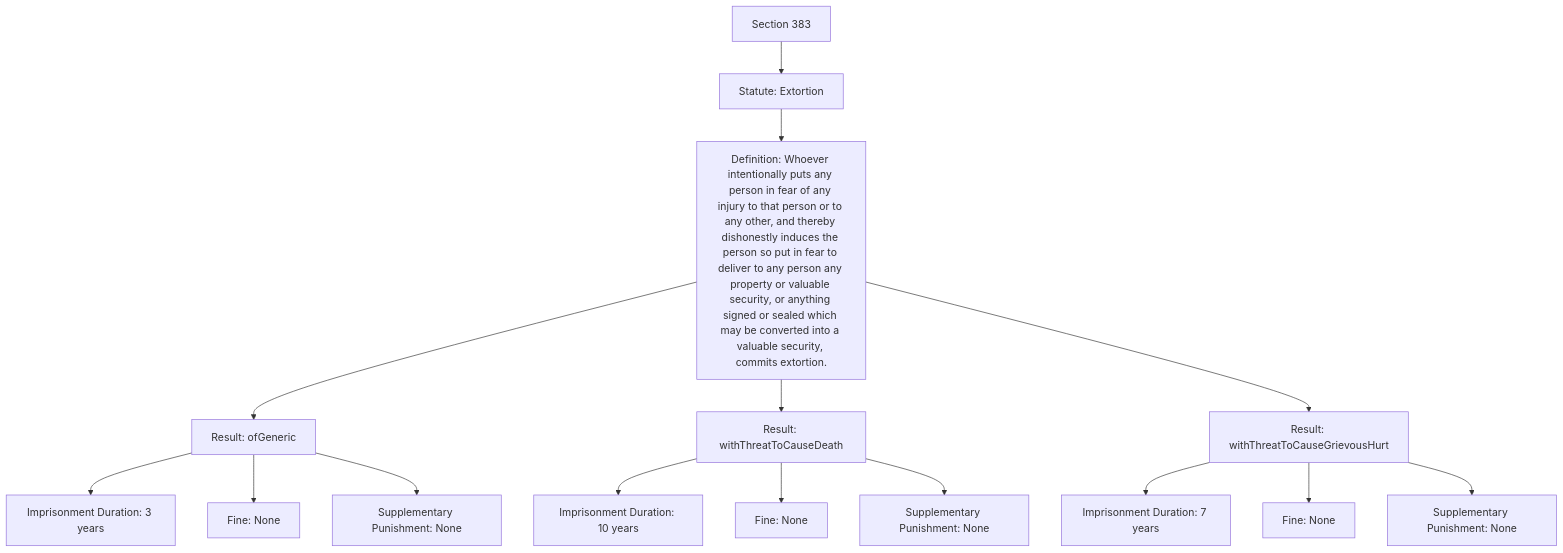
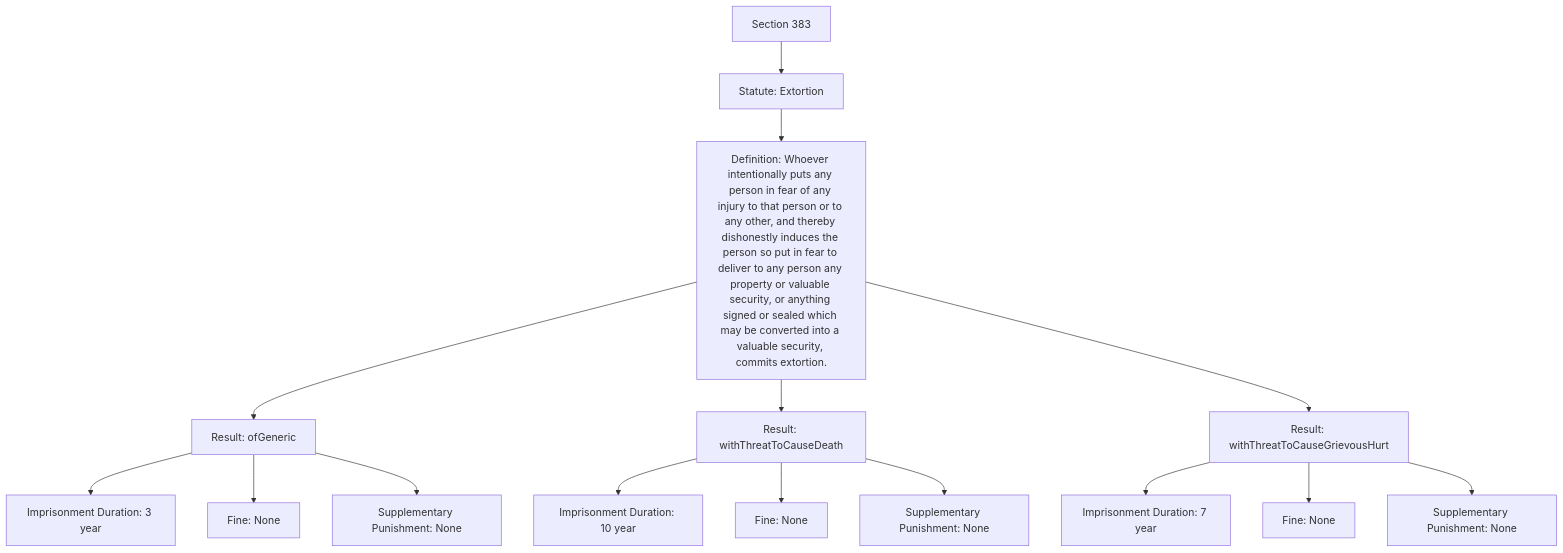
The diagram in web/dep/mmd/extortion.mmd (gongahkia/yuho), drawn with Mermaid before and after one commit. The commit also changed 5 other files, not shown here.

```diff
--- a/web/dep/mmd/extortion.mmd
+++ b/web/dep/mmd/extortion.mmd
@@ -1,18 +1,18 @@
 graph TD
 
     A[Section 383] --> B[Statute: Extortion] --> C[Definition: Whoever intentionally puts any person in fear of any injury to that person or to any other, and thereby dishonestly induces the person so put in fear to deliver to any person any property or valuable security, or anything signed or sealed which may be converted into a valuable security, commits extortion.]
 
     C --> D[Result: ofGeneric]
-    D --> D1[Imprisonment Duration: 3 years]
+    D --> D1[Imprisonment Duration: 3 year]
     D --> D2[Fine: None]
     D --> D3[Supplementary Punishment: None]
 
     C --> E[Result: withThreatToCauseDeath]
-    E --> E1[Imprisonment Duration: 10 years]
+    E --> E1[Imprisonment Duration: 10 year]
     E --> E2[Fine: None]
     E --> E3[Supplementary Punishment: None]
 
     C --> F[Result: withThreatToCauseGrievousHurt]
-    F --> F1[Imprisonment Duration: 7 years]
+    F --> F1[Imprisonment Duration: 7 year]
     F --> F2[Fine: None]
     F --> F3[Supplementary Punishment: None]
```
